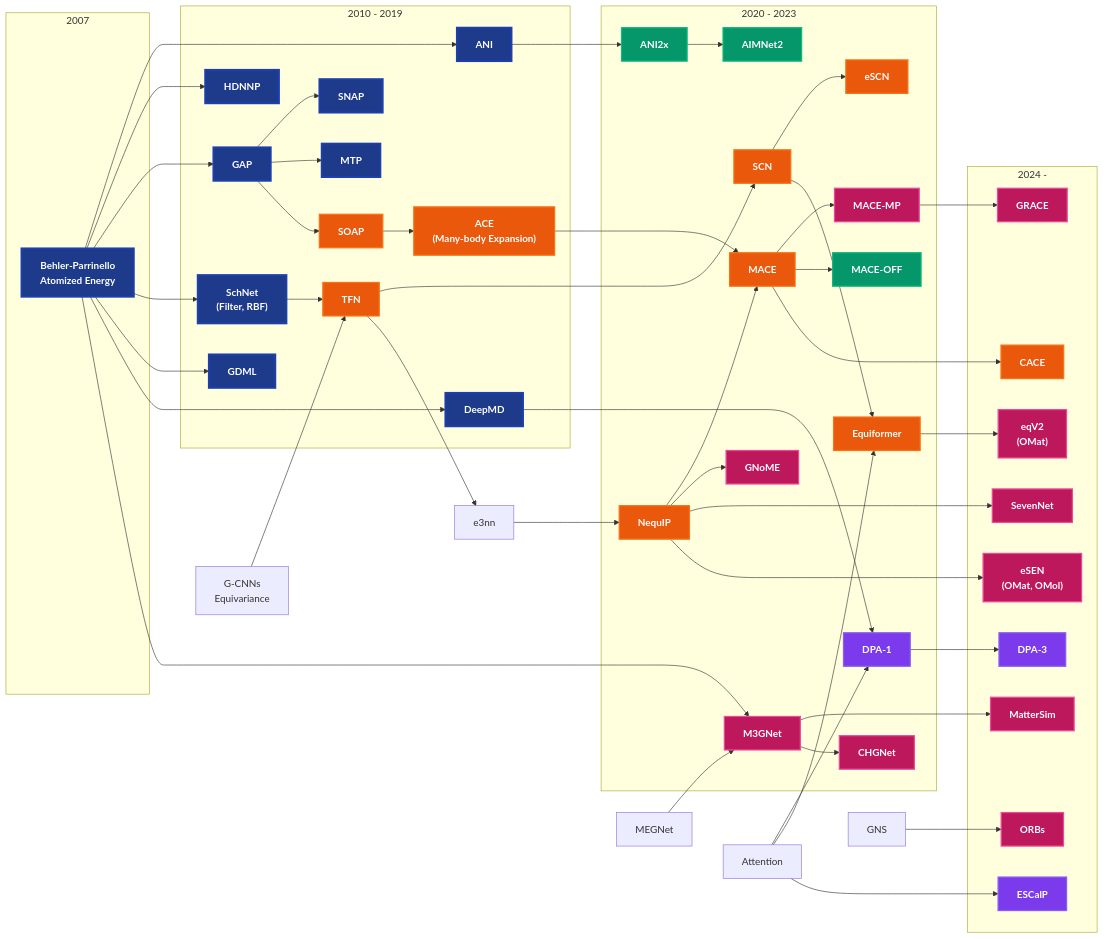
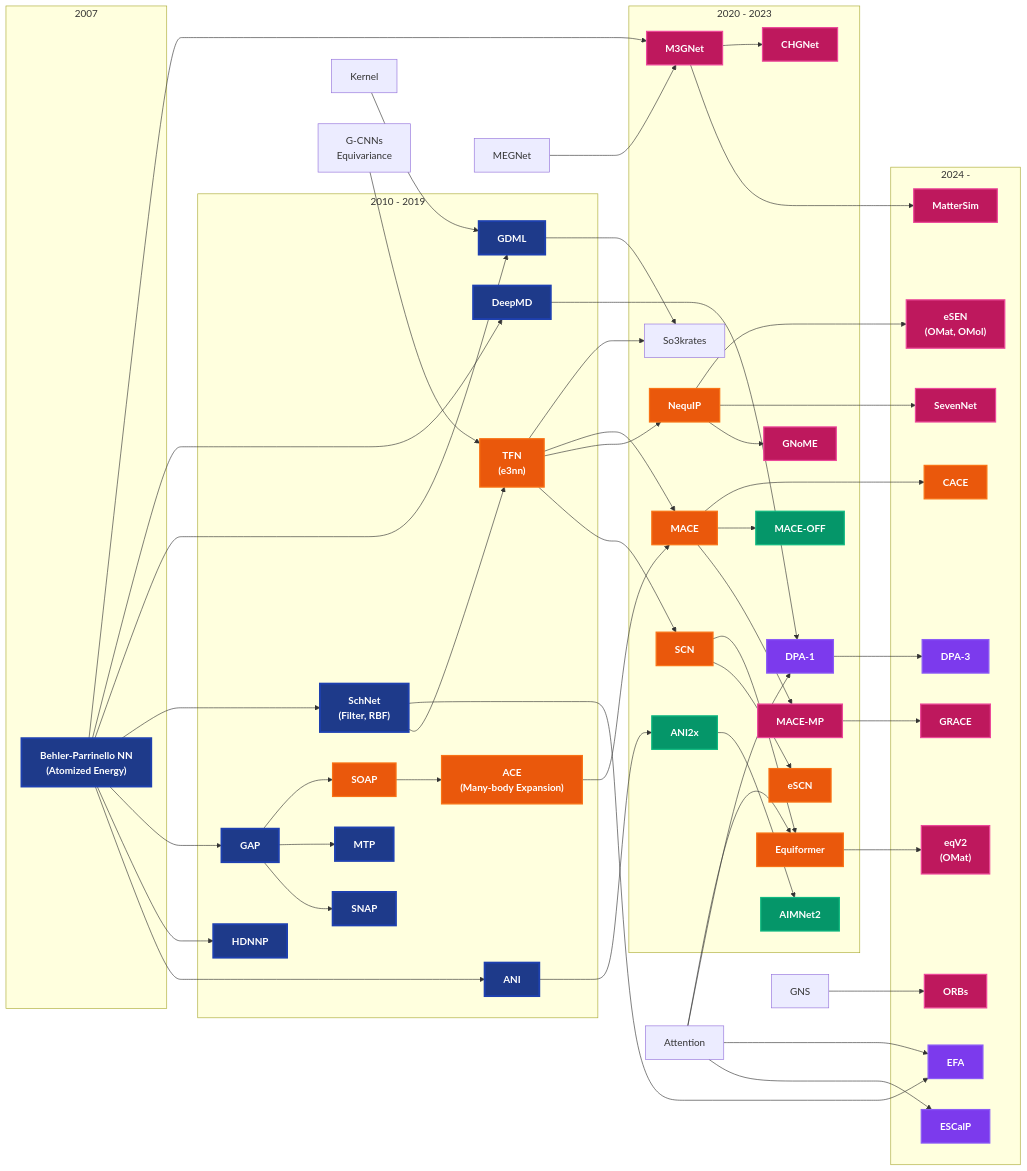
Before and after one commit to chiang-yuan/awesome-mlip: the diagram in README.md, drawn with Mermaid.

Commit message:
add efa, minor tweak

````diff
--- a/README.md
+++ b/README.md
@@ -8,13 +8,13 @@
 flowchart LR
 
     subgraph "2007"
-        BP["Behler-Parrinello<br/>Atomized Energy"]
+        BP["Behler-Parrinello NN<br/>(Atomized Energy)"]
     end
 
     subgraph "2010 - 2019"
         SOAP[SOAP]
         SchNet["SchNet<br/>(Filter, RBF)"]
-        TFN["TFN"]
+        TFN["TFN<br/>(e3nn)"]
         ACE["ACE<br/>(Many-body Expansion)"]
         GDML[GDML]
         DeepMD[DeepMD]
@@ -26,6 +26,9 @@
     end
 
     subgraph "2020 - 2023"
+        So3krates
+        M3GNet[M3GNet]
+        CHGNet[CHGNet]
         SCN[SCN]
         eSCN[eSCN]
         Equiformer[Equiformer]
@@ -37,20 +40,19 @@
         AIMNet2[AIMNet2]
         GNoME[GNoME]
         DPA1["DPA-1"]
-        M3GNet[M3GNet]
-        CHGNet[CHGNet]
     end
 
     subgraph "2024 - "
         GRACE[GRACE]
-        eSEN["eSEN<br/>(OMat, OMol)"]
         eqV2["eqV2<br/>(OMat)"]
         MatterSim[MatterSim]
         SevenNet[SevenNet]
-        ESCalP[ESCalP]
         ORBs[ORBs]
         DPA3["DPA-3"]
         CACE
+        eSEN["eSEN<br/>(OMat, OMol)"]
+        ESCalP[ESCalP]
+        EFA
     end
 
     %% Edges
@@ -60,29 +62,32 @@
     BP --> SchNet --> TFN
     BP --> GDML
     BP --> DeepMD
+    BP --> M3GNet
+    Kernel --> GDML --> So3krates
 
     GAP --> MTP
     GAP --> SOAP --> ACE --> MACE 
     M3GNet --> MatterSim
     TFN --> SCN --> eSCN
-    TFN --> e3nn --> NequIP --> MACE
+    TFN --> NequIP 
+    TFN --> MACE
+    TFN --> So3krates
     MACE --> MACE-MP --> GRACE
     MACE --> MACE-OFF
     MACE --> CACE
     NequIP --> GNoME
     NequIP --> SevenNet
     NequIP --> eSEN
-
-    BP --> M3GNet
-    MEGNet --> M3GNet --> CHGNet
-
-    SCN --> Equiformer
+    MEGNet --> M3GNet --> CHGNet 
 
     G-CNNs["G-CNNs<br/>Equivariance"] --> TFN
     DeepMD --> DPA1
     Attention --> DPA1 --> DPA3
     Attention --> ESCalP
     Attention --> Equiformer --> eqV2
+    Attention --> EFA
+    SchNet --> EFA
+    SCN --> Equiformer
     GNS --> ORBs
 
     %% Styling
@@ -96,7 +101,7 @@
     class SOAP,TFN,ACE,MACE,NequIP,Equiformer,eqV2,eSCN,eSEN,SCN,CACE,Equivariant equivariance
     class ANI2x,AIMNet2,MACE-OFF organic
     class GNoME,MACE-MP,CHGNet,M3GNet,MatterSim,GRACE,SevenNet,eqV2,eSEN,ORBs universal
-    class DPA1,DPA3,ESCalP attention
+    class DPA1,DPA3,ESCalP,EFA attention
 
     %% Click links
     click BP "https://doi.org/10.1103/PhysRevLett.98.146401"
@@ -109,4 +114,6 @@
     click DeepMD "https://doi.org/10.1103/PhysRevLett.120.143001"
     click GAP "https://doi.org/10.1103/PhysRevLett.104.136403"
     click ANI "https://doi.org/10.1039/C6SC05720A"
+    click NEP89 "https://arxiv.org/abs/2504.21286"
+    click EFA "https://arxiv.org/abs/2412.08541"
 ```
````
